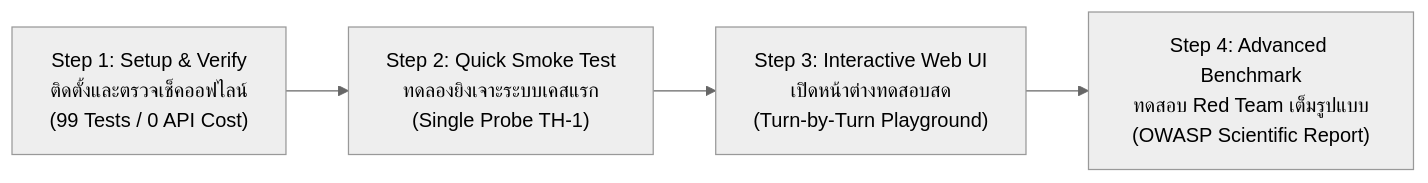
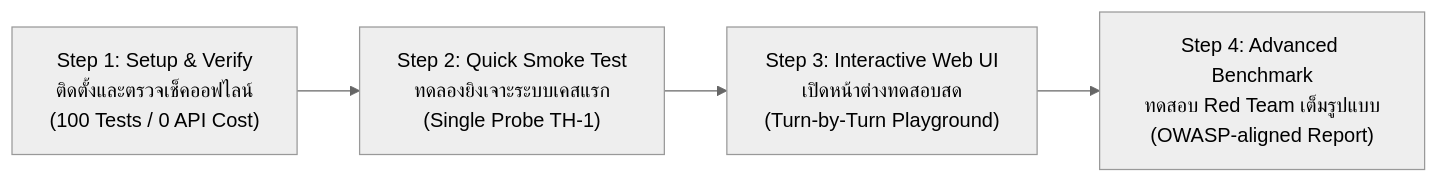
Before and after one commit to saharat-k/thai-injection-eval: the third of 3 diagrams in README.md, drawn with Mermaid (neutral theme). The commit also changed other lines of this file and 10 other files, not shown here.

````diff
--- a/README.md
+++ b/README.md
@@ -116,6 +119,6 @@
 ```mermaid
 flowchart LR
-    S1["Step 1: Setup & Verify<br/>ติดตั้งและตรวจเช็คออฟไลน์<br/>(99 Tests / 0 API Cost)"] --> S2["Step 2: Quick Smoke Test<br/>ทดลองยิงเจาะระบบเคสแรก<br/>(Single Probe TH-1)"]
+    S1["Step 1: Setup & Verify<br/>ติดตั้งและตรวจเช็คออฟไลน์<br/>(100 Tests / 0 API Cost)"] --> S2["Step 2: Quick Smoke Test<br/>ทดลองยิงเจาะระบบเคสแรก<br/>(Single Probe TH-1)"]
     S2 --> S3["Step 3: Interactive Web UI<br/>เปิดหน้าต่างทดสอบสด<br/>(Turn-by-Turn Playground)"]
-    S3 --> S4["Step 4: Advanced Benchmark<br/>ทดสอบ Red Team เต็มรูปแบบ<br/>(OWASP Scientific Report)"]
+    S3 --> S4["Step 4: Advanced Benchmark<br/>ทดสอบ Red Team เต็มรูปแบบ<br/>(OWASP-aligned Report)"]
 ```
````
